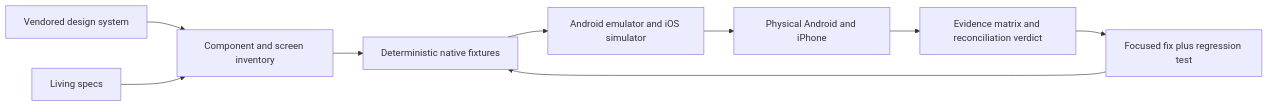
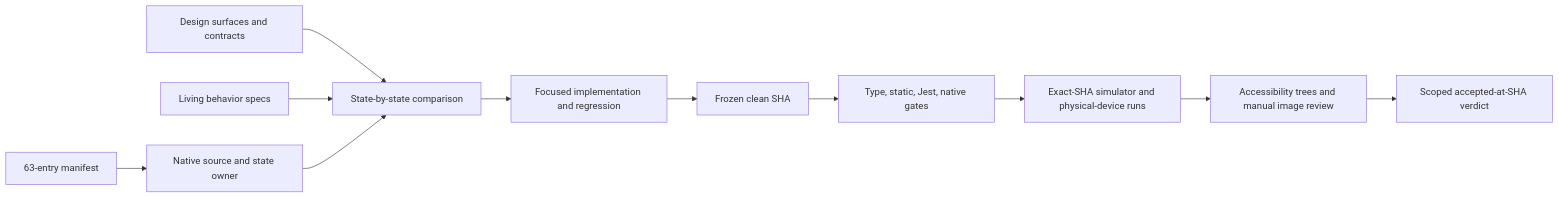
The diagram in docs/specs/design-system-reconciliation/design.md (hurrtz/mrbroccoli), drawn with Mermaid before and after one commit. The commit also changed other lines of this file and 8 other files, not shown here.

Commit message:
docs: record reconciliation evidence

````diff
--- a/docs/specs/design-system-reconciliation/design.md
+++ b/docs/specs/design-system-reconciliation/design.md
@@ -20,11 +39,13 @@
 ```mermaid
 flowchart LR
-    DS[Vendored design system] --> Inventory[Component and screen inventory]
-    Specs[Living specs] --> Inventory
-    Inventory --> Fixtures[Deterministic native fixtures]
-    Fixtures --> Emulator[Android emulator and iOS simulator]
-    Emulator --> Physical[Physical Android and iPhone]
-    Physical --> Verdict[Evidence matrix and reconciliation verdict]
-    Verdict --> Fix[Focused fix plus regression test]
-    Fix --> Fixtures
+    Manifest[63-entry manifest] --> Map[Native source and state owner]
+    Surfaces[Design surfaces and contracts] --> Compare[State-by-state comparison]
+    Specs[Living behavior specs] --> Compare
+    Map --> Compare
+    Compare --> Fix[Focused implementation and regression]
+    Fix --> Freeze[Frozen clean SHA]
+    Freeze --> Gates[Type, static, Jest, native gates]
+    Gates --> Devices[Exact-SHA simulator and physical-device runs]
+    Devices --> Review[Accessibility trees and manual image review]
+    Review --> Verdict[Scoped accepted-at-SHA verdict]
 ```
````
